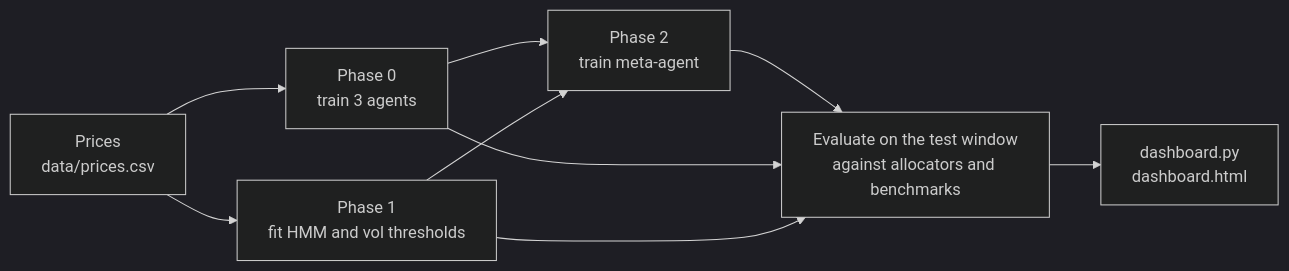
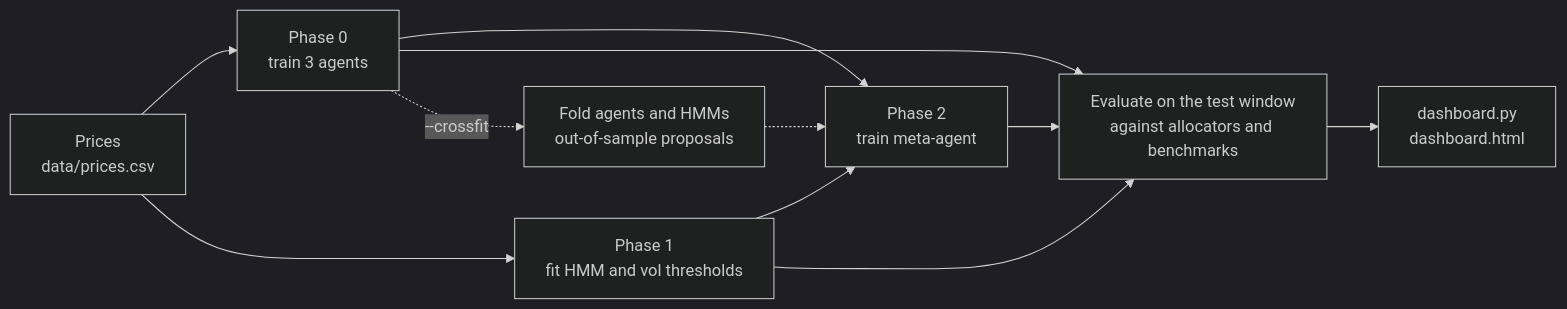
One commit to chillMLguy/HRL-for-trading- changed the diagram in README.md. Above: the diagram before and after it, drawn with Mermaid (dark theme). The commit also changed other lines of this file and 1 other file, not shown here.

````diff
--- a/README.md
+++ b/README.md
@@ -12,11 +12,13 @@
 ```mermaid
 flowchart LR
     P["Prices<br/>data/prices.csv"] --> A["Phase 0<br/>train 3 agents"]
     P --> H["Phase 1<br/>fit HMM and vol thresholds"]
     A --> M["Phase 2<br/>train meta-agent"]
     H --> M
     M --> E["Evaluate on the test window<br/>against allocators and benchmarks"]
     A --> E
     H --> E
     E --> D["dashboard.py<br/>dashboard.html"]
+    A -. "--crossfit" .-> C["Fold agents and HMMs<br/>out-of-sample proposals"]
+    C -.-> M
 ```
````
